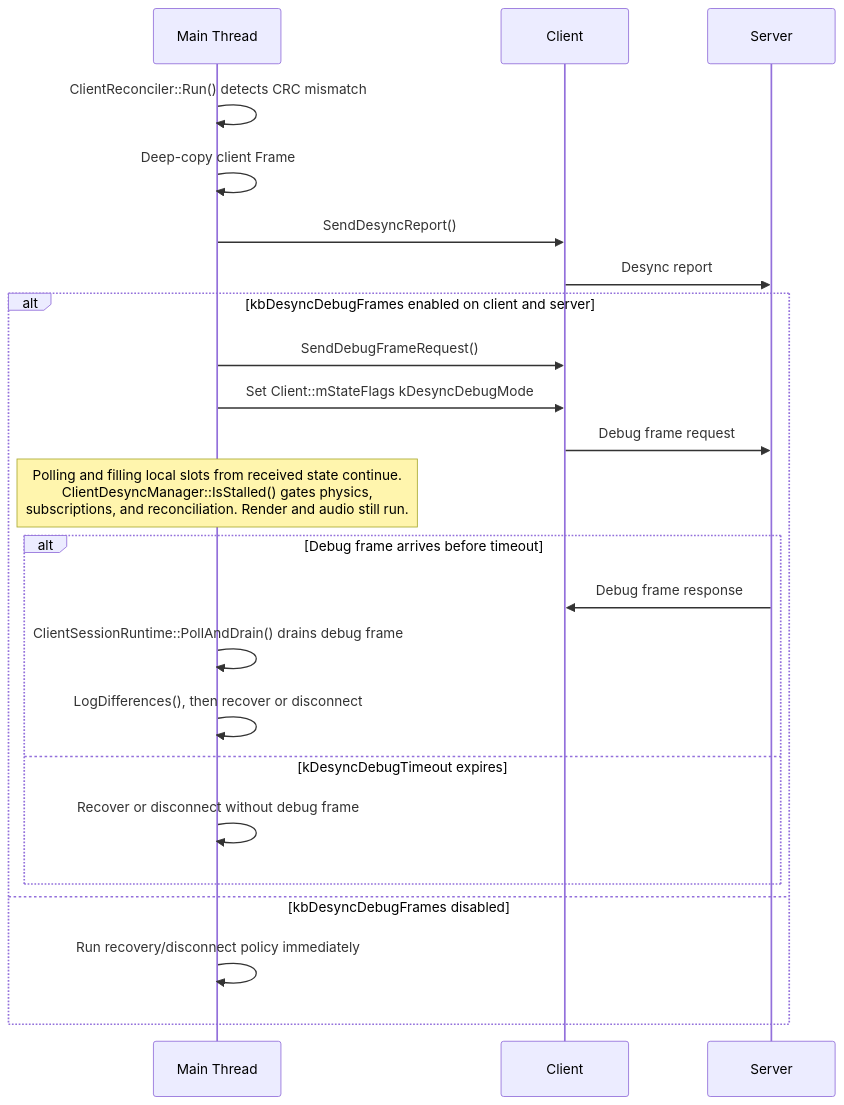
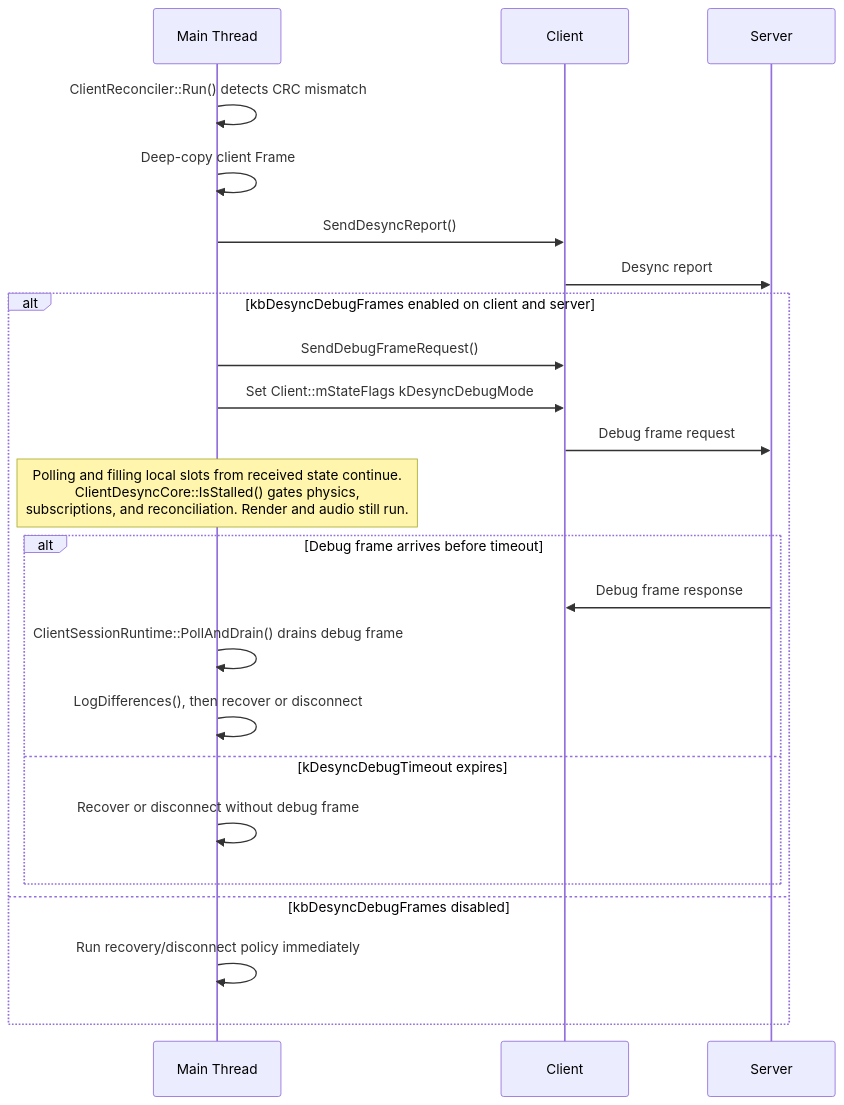
Before and after one commit to DougTanner/BrokenEngine: the fourth of 5 diagrams in Documents/Architecture/GameReconciliation.md, drawn with Mermaid. The commit also changed other lines of this file and 128 other files, not shown here.

````diff
--- a/Documents/Architecture/GameReconciliation.md
+++ b/Documents/Architecture/GameReconciliation.md
@@ -133,28 +133,28 @@
 ```mermaid
 %%{init: {'theme': 'default'}}%%
 sequenceDiagram
     participant Main as Main Thread
     participant Net as Client
     participant Server
 
     Main->>Main: ClientReconciler::Run() detects CRC mismatch
     Main->>Main: Deep-copy client Frame
     Main->>Net: SendDesyncReport()
     Net->>Server: Desync report
 
     alt kbDesyncDebugFrames enabled on client and server
         Main->>Net: SendDebugFrameRequest()
         Main->>Net: Set Client::mStateFlags kDesyncDebugMode
         Net->>Server: Debug frame request
-        Note over Main: Polling and filling local slots from received state continue.<br/>ClientDesyncManager::IsStalled() gates physics,<br/>subscriptions, and reconciliation. Render and audio still run.
+        Note over Main: Polling and filling local slots from received state continue.<br/>ClientDesyncCore::IsStalled() gates physics,<br/>subscriptions, and reconciliation. Render and audio still run.
         alt Debug frame arrives before timeout
             Server->>Net: Debug frame response
             Main->>Main: ClientSessionRuntime::PollAndDrain() drains debug frame
             Main->>Main: LogDifferences(), then recover or disconnect
         else kDesyncDebugTimeout expires
             Main->>Main: Recover or disconnect without debug frame
         end
     else kbDesyncDebugFrames disabled
         Main->>Main: Run recovery/disconnect policy immediately
     end
 ```
````
